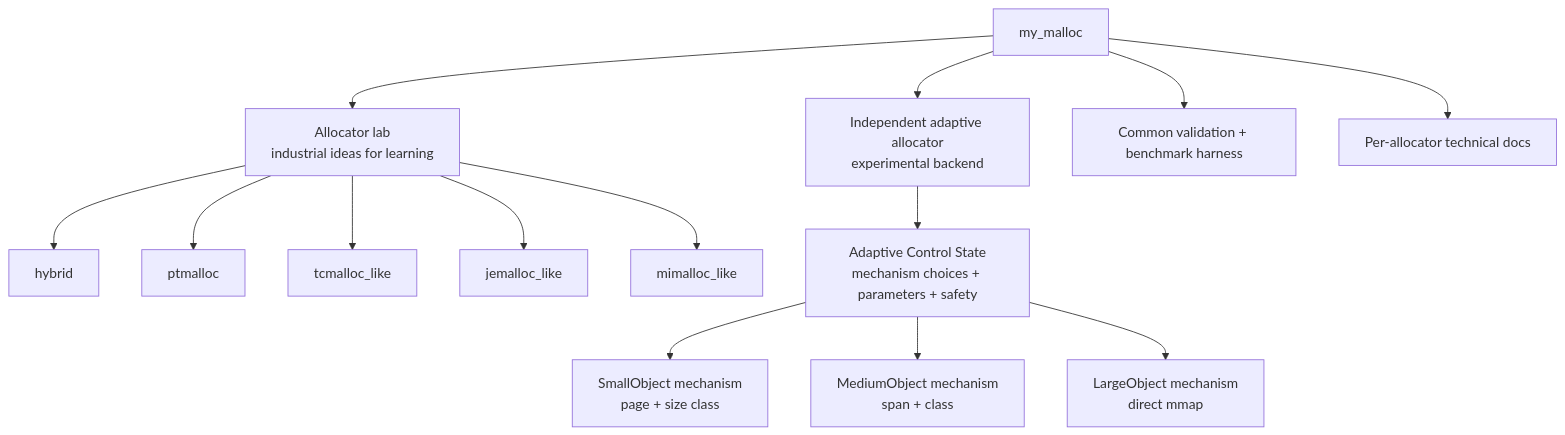
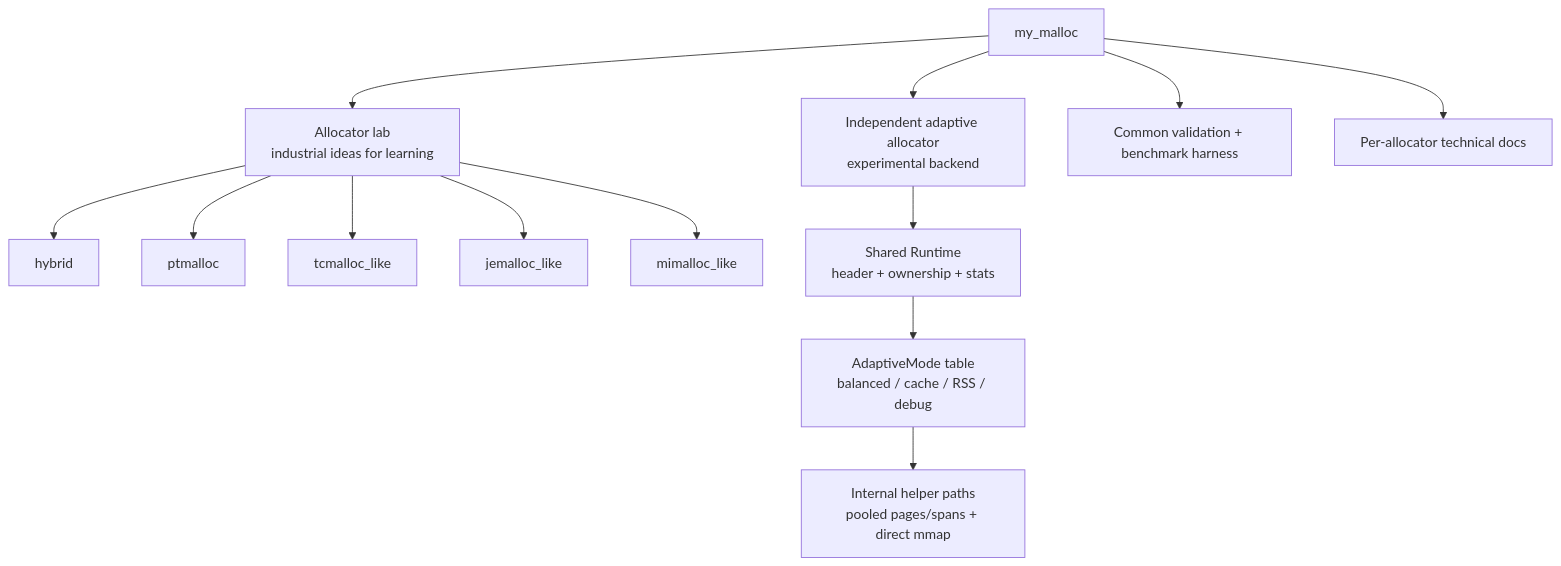
One commit to sdsasf/my_malloc changed the diagram in README.md. Above: the diagram before and after it, drawn with Mermaid. The commit also changed other lines of this file and 13 other files, not shown here.

Commit message:
Refactor adaptive allocator around modes

````diff
--- a/README.md
+++ b/README.md
@@ -41,24 +41,23 @@
 ```mermaid
 flowchart TB
     Project["my_malloc"]
     Lab["Allocator lab<br/>industrial ideas for learning"]
     Adaptive["Independent adaptive allocator<br/>experimental backend"]
     Harness["Common validation + benchmark harness"]
     Docs["Per-allocator technical docs"]
 
     Project --> Lab
     Project --> Adaptive
     Project --> Harness
     Project --> Docs
 
     Lab --> Hybrid["hybrid"]
     Lab --> PT["ptmalloc"]
     Lab --> TC["tcmalloc_like"]
     Lab --> JE["jemalloc_like"]
     Lab --> MI["mimalloc_like"]
 
-    Adaptive --> Control["Adaptive Control State<br/>mechanism choices + parameters + safety"]
-    Control --> Small["SmallObject mechanism<br/>page + size class"]
-    Control --> Medium["MediumObject mechanism<br/>span + class"]
-    Control --> Large["LargeObject mechanism<br/>direct mmap"]
+    Adaptive --> Runtime["Shared Runtime<br/>header + ownership + stats"]
+    Runtime --> Modes["AdaptiveMode table<br/>balanced / cache / RSS / debug"]
+    Modes --> Helpers["Internal helper paths<br/>pooled pages/spans + direct mmap"]
 ```
````
